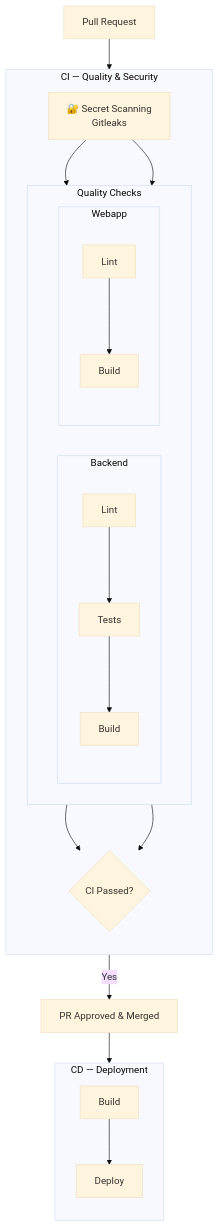
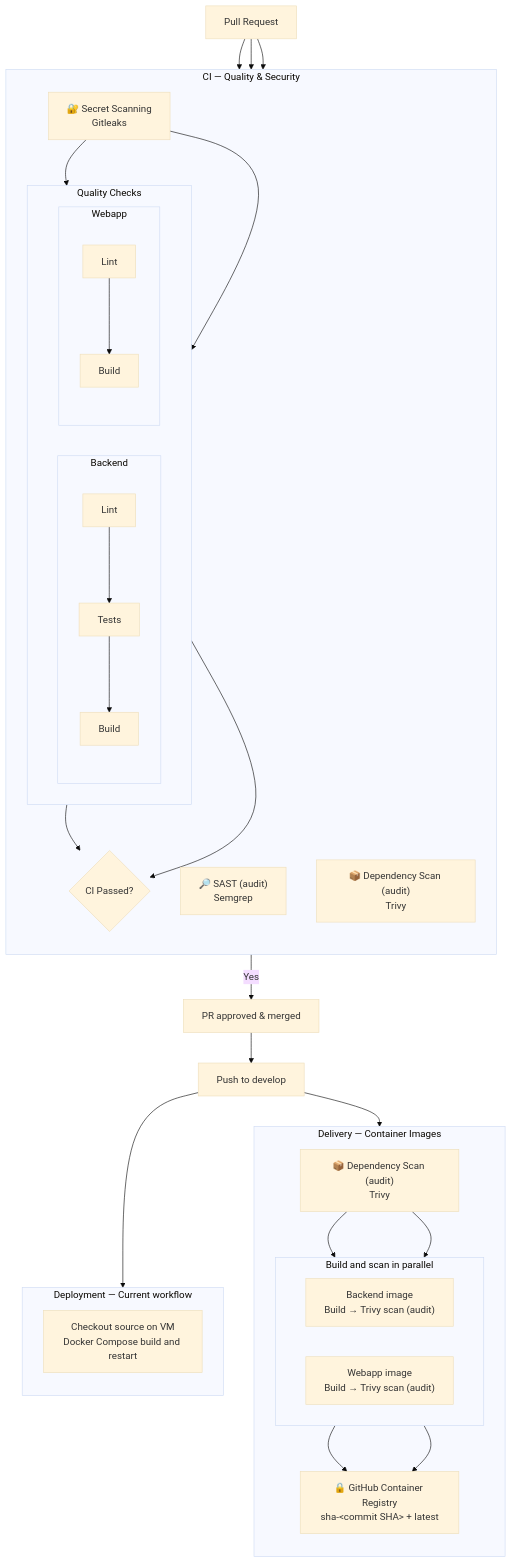
The second of 3 diagrams in README.md (hokopiHQ/hokopi-platform), drawn with Mermaid (base theme) before and after one commit. The commit also changed other lines of this file and 7 other files, not shown here.

Commit message:
ci(delivery): add container image builds

````diff
--- a/README.md
+++ b/README.md
@@ -97,54 +99,77 @@
 ```mermaid
 flowchart TB
     PR["Pull Request"]
+    MERGE["PR approved & merged"]
+    DEVELOP["Push to develop"]
 
     subgraph CI["CI — Quality & Security"]
         direction TB
 
         SECRETS["🔐 Secret Scanning<br/>Gitleaks"]
+        SAST["🔎 SAST (audit)<br/>Semgrep"]
+        SCA["📦 Dependency Scan (audit)<br/>Trivy"]
 
         subgraph QUALITY["Quality Checks"]
             direction LR
 
             subgraph BACKEND["Backend"]
                 direction TB
                 B_LINT["Lint"]
                 B_TEST["Tests"]
                 B_BUILD["Build"]
 
                 B_LINT --> B_TEST --> B_BUILD
             end
 
             subgraph WEBAPP["Webapp"]
                 direction TB
                 W_LINT["Lint"]
                 W_BUILD["Build"]
 
                 W_LINT --> W_BUILD
             end
         end
 
         CI_GATE{"CI Passed?"}
 
         SECRETS --> B_LINT
         SECRETS --> W_LINT
 
         B_BUILD --> CI_GATE
         W_BUILD --> CI_GATE
     end
 
-    MERGE["PR Approved & Merged"]
-
-    subgraph CD["CD — Deployment"]
+    subgraph DELIVERY["Delivery — Container Images"]
         direction TB
 
-        RELEASE_BUILD["Build"]
-        DEPLOY["Deploy"]
+        DELIVERY_SCA["📦 Dependency Scan (audit)<br/>Trivy"]
 
-        RELEASE_BUILD --> DEPLOY
+        subgraph IMAGES["Build and scan in parallel"]
+            direction LR
+            BACKEND_IMAGE["Backend image<br/>Build → Trivy scan (audit)"]
+            WEBAPP_IMAGE["Webapp image<br/>Build → Trivy scan (audit)"]
+        end
+
+        GHCR["🔒 GitHub Container Registry<br/>sha-&lt;commit SHA&gt; + latest"]
+
+        DELIVERY_SCA --> BACKEND_IMAGE
+        DELIVERY_SCA --> WEBAPP_IMAGE
+        BACKEND_IMAGE --> GHCR
+        WEBAPP_IMAGE --> GHCR
+    end
+
+    subgraph DEPLOYMENT["Deployment — Current workflow"]
+        direction TB
+
+        DEPLOY["Checkout source on VM<br/>Docker Compose build and restart"]
+
     end
 
     PR --> SECRETS
+    PR --> SAST
+    PR --> SCA
     CI_GATE -->|Yes| MERGE
-    MERGE --> RELEASE_BUILD
+    MERGE --> DEVELOP
+    DEVELOP --> DELIVERY_SCA
+    DEVELOP --> DEPLOY
 ```
````
